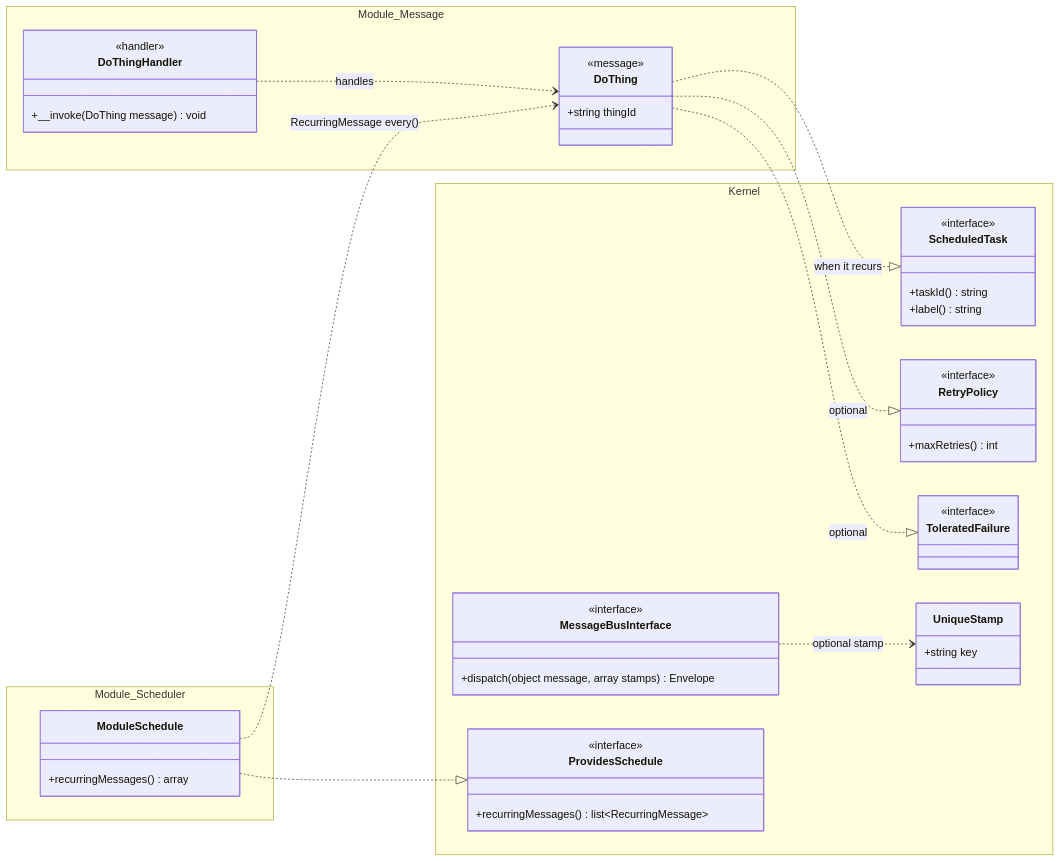
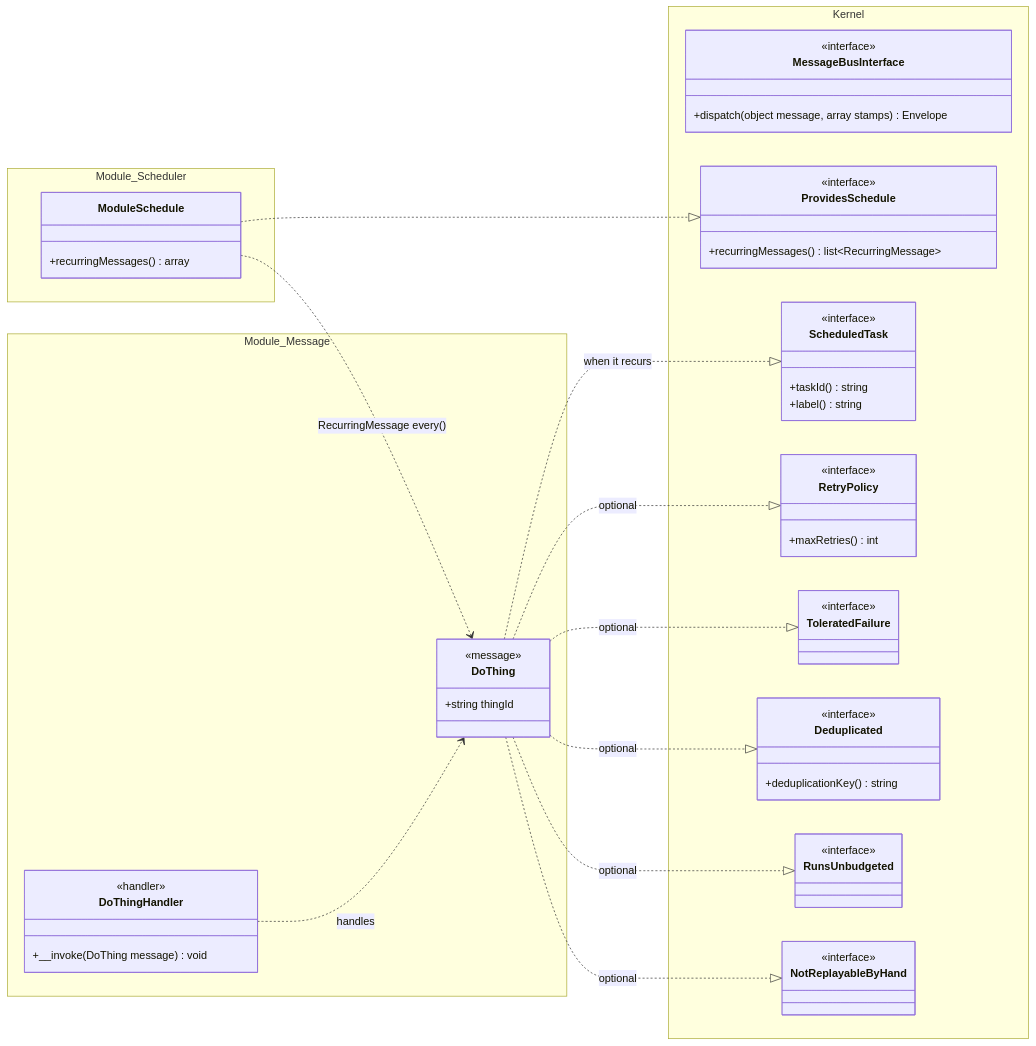
One commit to YesWiki/yeswiki changed the fourth of 4 diagrams in docs/adr/0030-background-work-goes-through-one-queue.md. Above: the diagram before and after it, drawn with Mermaid. The commit also changed other lines of this file and 40 other files, not shown here.

````diff
--- a/docs/adr/0030-background-work-goes-through-one-queue.md
+++ b/docs/adr/0030-background-work-goes-through-one-queue.md
@@ -461,51 +461,60 @@
 ```mermaid
 classDiagram
   direction LR
   namespace Kernel {
     class MessageBusInterface {
       <<interface>>
       +dispatch(object message, array stamps) Envelope
     }
     class ProvidesSchedule {
       <<interface>>
       +recurringMessages() list~RecurringMessage~
     }
     class ScheduledTask {
       <<interface>>
       +taskId() string
       +label() string
     }
     class RetryPolicy {
       <<interface>>
       +maxRetries() int
     }
     class ToleratedFailure {
       <<interface>>
     }
-    class UniqueStamp {
-      +string key
+    class Deduplicated {
+      <<interface>>
+      +deduplicationKey() string
+    }
+    class RunsUnbudgeted {
+      <<interface>>
+    }
+    class NotReplayableByHand {
+      <<interface>>
     }
   }
   namespace Module_Message {
     class DoThing {
       <<message>>
       +string thingId
     }
     class DoThingHandler {
       <<handler>>
       +__invoke(DoThing message) void
     }
   }
   namespace Module_Scheduler {
     class ModuleSchedule {
       +recurringMessages() array
     }
   }
   DoThing ..|> ScheduledTask : when it recurs
   DoThing ..|> RetryPolicy : optional
   DoThing ..|> ToleratedFailure : optional
+  DoThing ..|> Deduplicated : optional
+  DoThing ..|> RunsUnbudgeted : optional
+  DoThing ..|> NotReplayableByHand : optional
   ModuleSchedule ..|> ProvidesSchedule
   ModuleSchedule ..> DoThing : RecurringMessage every()
   DoThingHandler ..> DoThing : handles
-  MessageBusInterface ..> UniqueStamp : optional stamp
 ```
````
